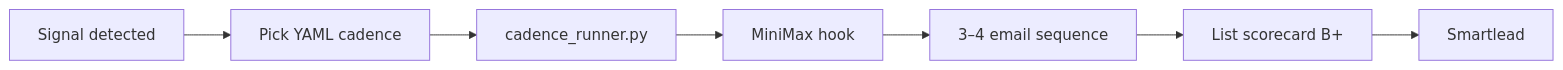
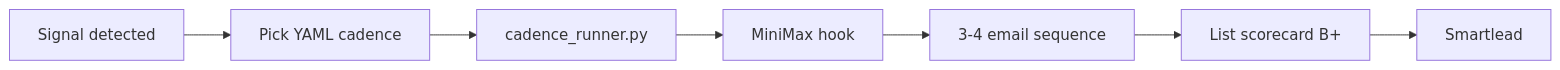
The fourth of 6 diagrams in docs/architecture.md (rasulshaikh/gtm-portfolio), drawn with Mermaid before and after one commit. The commit also changed other lines of this file and 14 other files, not shown here.

````diff
--- a/docs/architecture.md
+++ b/docs/architecture.md
@@ -171,9 +171,9 @@
 ```mermaid
 flowchart LR
     A[Signal detected] --> B[Pick YAML cadence]
     B --> C[cadence_runner.py]
     C --> D[MiniMax hook]
-    D --> E[3–4 email sequence]
+    D --> E[3-4 email sequence]
     E --> F[List scorecard B+]
     F --> G[Smartlead]
 ```
````
